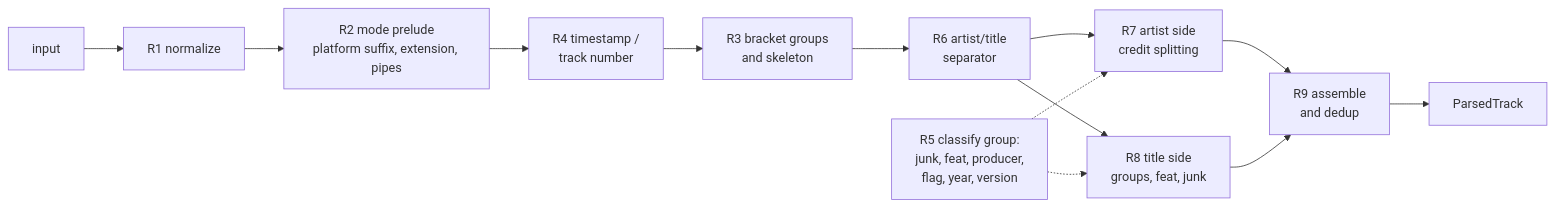
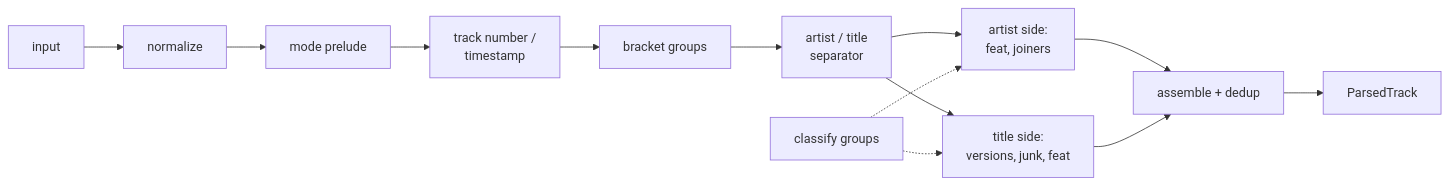
One commit to 4matic/trackparse changed the diagram in README.md. Above: the diagram before and after it, drawn with Mermaid. The commit also changed other lines of this file, not shown here.

````diff
--- a/README.md
+++ b/README.md
@@ -456,15 +322,11 @@
 ```mermaid
 flowchart LR
-  A[input] --> R1[R1 normalize]
-  R1 --> R2[R2 mode prelude<br/>platform suffix, extension, pipes]
-  R2 --> R4[R4 timestamp /<br/>track number]
-  R4 --> R3[R3 bracket groups<br/>and skeleton]
-  R3 --> R6[R6 artist/title<br/>separator]
-  R6 --> R7[R7 artist side<br/>credit splitting]
-  R6 --> R8[R8 title side<br/>groups, feat, junk]
-  R5[R5 classify group:<br/>junk, feat, producer,<br/>flag, year, version] -.-> R7
-  R5 -.-> R8
-  R7 --> R9[R9 assemble<br/>and dedup]
-  R8 --> R9
-  R9 --> O[ParsedTrack]
+  A[input] --> N[normalize] --> M[mode prelude] --> P[track number /<br/>timestamp] --> G[bracket groups]
+  G --> S[artist / title<br/>separator]
+  S --> AR[artist side:<br/>feat, joiners]
+  S --> TI[title side:<br/>versions, junk, feat]
+  C[classify groups] -.-> AR
+  C -.-> TI
+  AR --> D[assemble + dedup] --> O[ParsedTrack]
+  TI --> D
 ```
````
